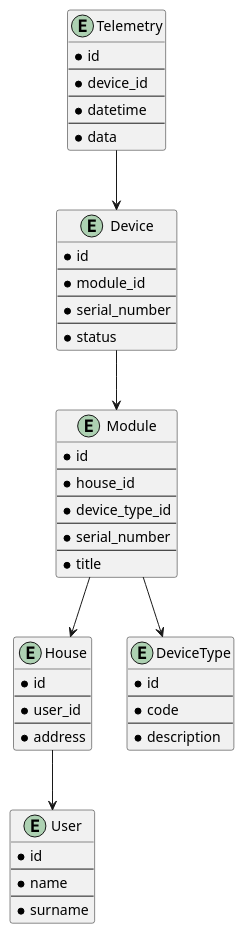
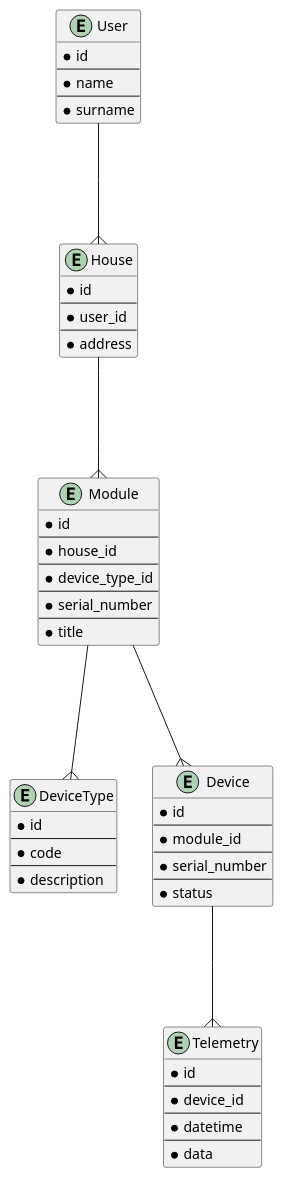
One commit to j8r41/arch-sprint-3 changed the diagram in schemas/task1-3.puml. Above: the diagram before and after it, drawn with PlantUML.

Commit message:
update er-schema

```diff
--- a/schemas/task1-3.puml
+++ b/schemas/task1-3.puml
@@ -1,64 +1,64 @@
 @startuml ER-Diagram
 
 entity House {
     * id
     --
     * user_id
     --
     * address
 }
 
 entity User {
     * id
     --
     * name
     --
     * surname
 }
 
 entity Module {
     * id
     --
     * house_id
     --
     * device_type_id
     --
     * serial_number
     ---
     * title
 }
 
 entity DeviceType {
     * id
     --
     * code
     --
     * description
 }
 
 entity Device {
     * id
     --
     * module_id
     --
     * serial_number
     --
     * status
 }
 
 entity Telemetry {
     * id
     --
     * device_id
     --
     * datetime
     --
     * data
 }
 
-Telemetry --> Device
-House --> User
-Module --> House
-Module -->DeviceType
-Device --> Module
+User ---{ House
+House ---{ Module
+Module ---{ DeviceType
+Module ---{  Device
+Device ---{ Telemetry
 @enduml
```
